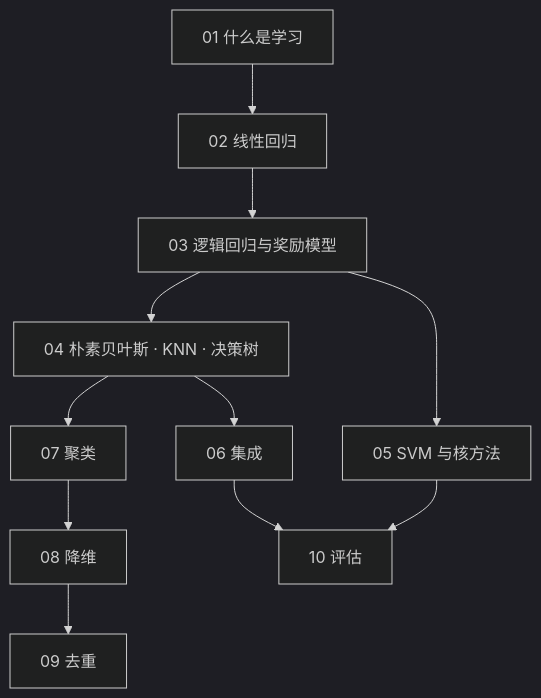
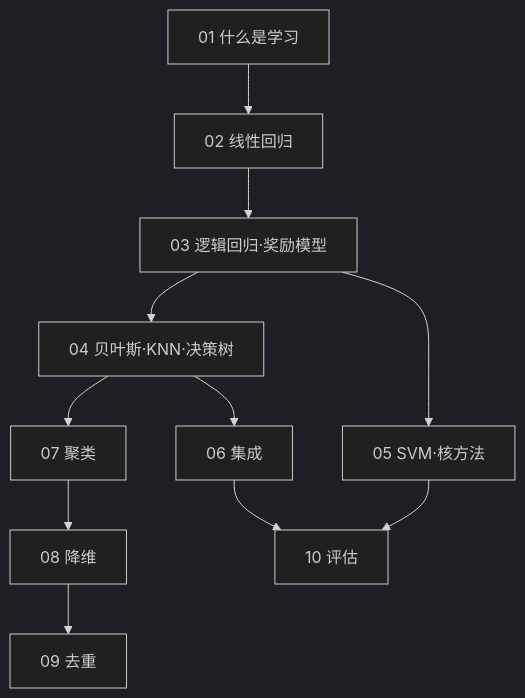
The diagram in slides/2026-03-09-classical-ml.md (arganzheng/arganzheng.github.com), drawn with Mermaid (dark theme) before and after one commit.

Commit message:
deck(classical-ml): un-cram 要点/two-table slides — tables to v-subs, takeaways, smalltext labels

````diff
--- a/slides/2026-03-09-classical-ml.md
+++ b/slides/2026-03-09-classical-ml.md
@@ -36,13 +36,13 @@
 ```mermaid
 %%{init: {"flowchart": {"wrappingWidth": 240}}}%%
 flowchart TB
     L1["01 什么是学习"] --> L2["02 线性回归"]
-    L2 --> L3["03 逻辑回归与奖励模型"]
-    L3 --> L4["04 朴素贝叶斯 · KNN · 决策树"]
-    L3 --> L5["05 SVM 与核方法"]
+    L2 --> L3["03 逻辑回归·奖励模型"]
+    L3 --> L4["04 贝叶斯·KNN·决策树"]
+    L3 --> L5["05 SVM·核方法"]
     L4 --> L6["06 集成"]
     L4 --> L7["07 聚类"]
     L7 --> L8["08 降维"]
     L8 --> L9["09 去重"]
     L6 & L5 --> L10["10 评估"]
 ```
````
